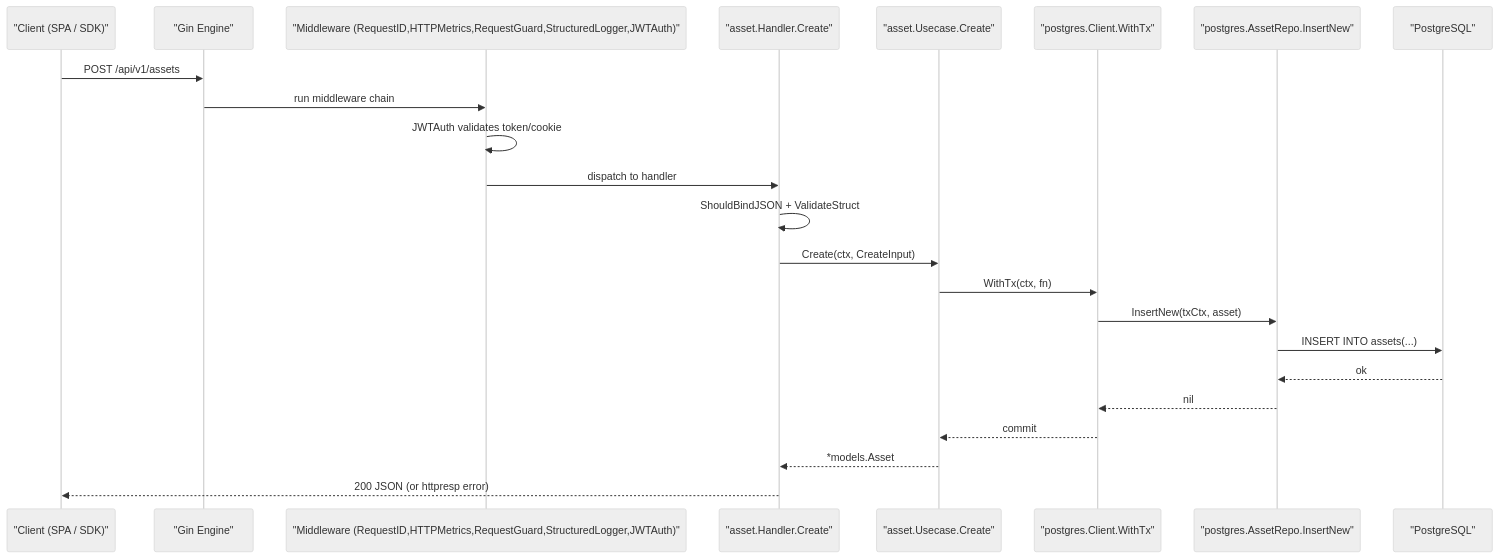
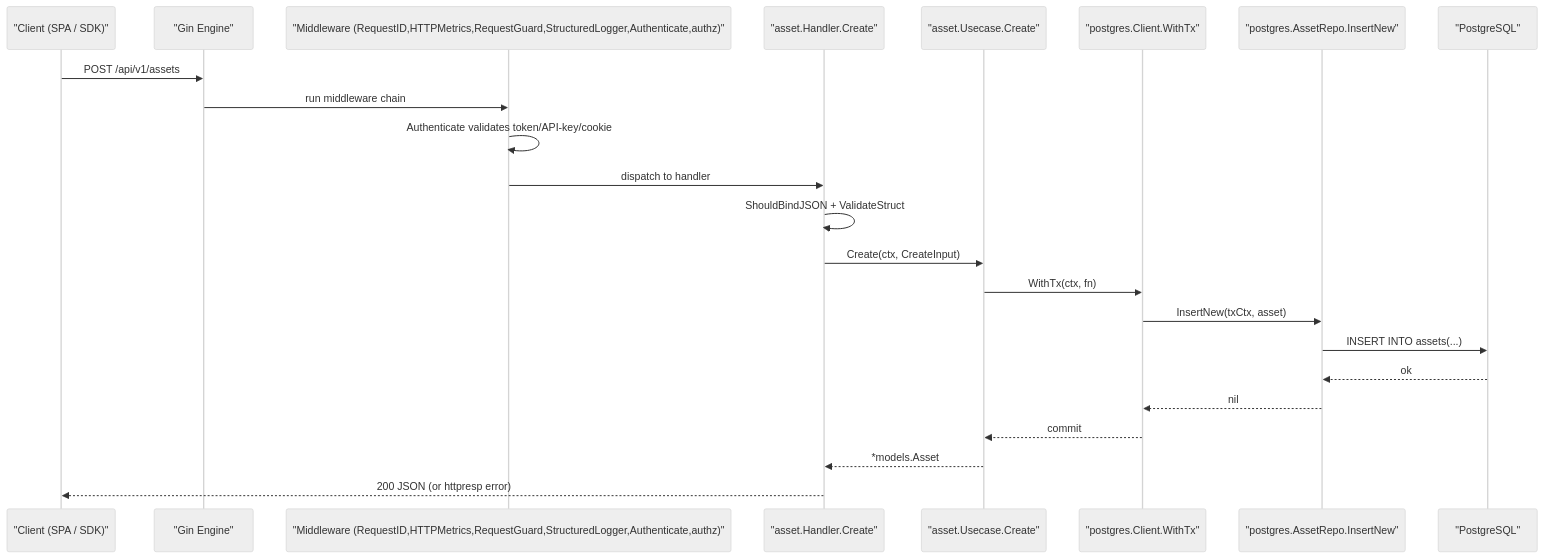
The fourth of 7 diagrams in docs/repo-wiki/architecture/system-architecture-overview.md (rouse2617/Databricks4robot), drawn with Mermaid (neutral theme) before and after one commit. The commit also changed other lines of this file and 11 other files, not shown here.

````diff
--- a/docs/repo-wiki/architecture/system-architecture-overview.md
+++ b/docs/repo-wiki/architecture/system-architecture-overview.md
@@ -343,26 +344,26 @@
 ```mermaid
 sequenceDiagram
   participant C as "Client (SPA / SDK)"
   participant G as "Gin Engine"
-  participant MW as "Middleware (RequestID,HTTPMetrics,RequestGuard,StructuredLogger,JWTAuth)"
+  participant MW as "Middleware (RequestID,HTTPMetrics,RequestGuard,StructuredLogger,Authenticate,authz)"
   participant H as "asset.Handler.Create"
   participant U as "asset.Usecase.Create"
   participant TX as "postgres.Client.WithTx"
   participant R as "postgres.AssetRepo.InsertNew"
   participant DB as "PostgreSQL"
 
   C->>G: POST /api/v1/assets
   G->>MW: run middleware chain
-  MW->>MW: JWTAuth validates token/cookie
+  MW->>MW: Authenticate validates token/API-key/cookie
   MW->>H: dispatch to handler
   H->>H: ShouldBindJSON + ValidateStruct
   H->>U: Create(ctx, CreateInput)
   U->>TX: WithTx(ctx, fn)
   TX->>R: InsertNew(txCtx, asset)
   R->>DB: INSERT INTO assets(...)
   DB-->>R: ok
   R-->>TX: nil
   TX-->>U: commit
   U-->>H: *models.Asset
   H-->>C: 200 JSON (or httpresp error)
 ```
````
